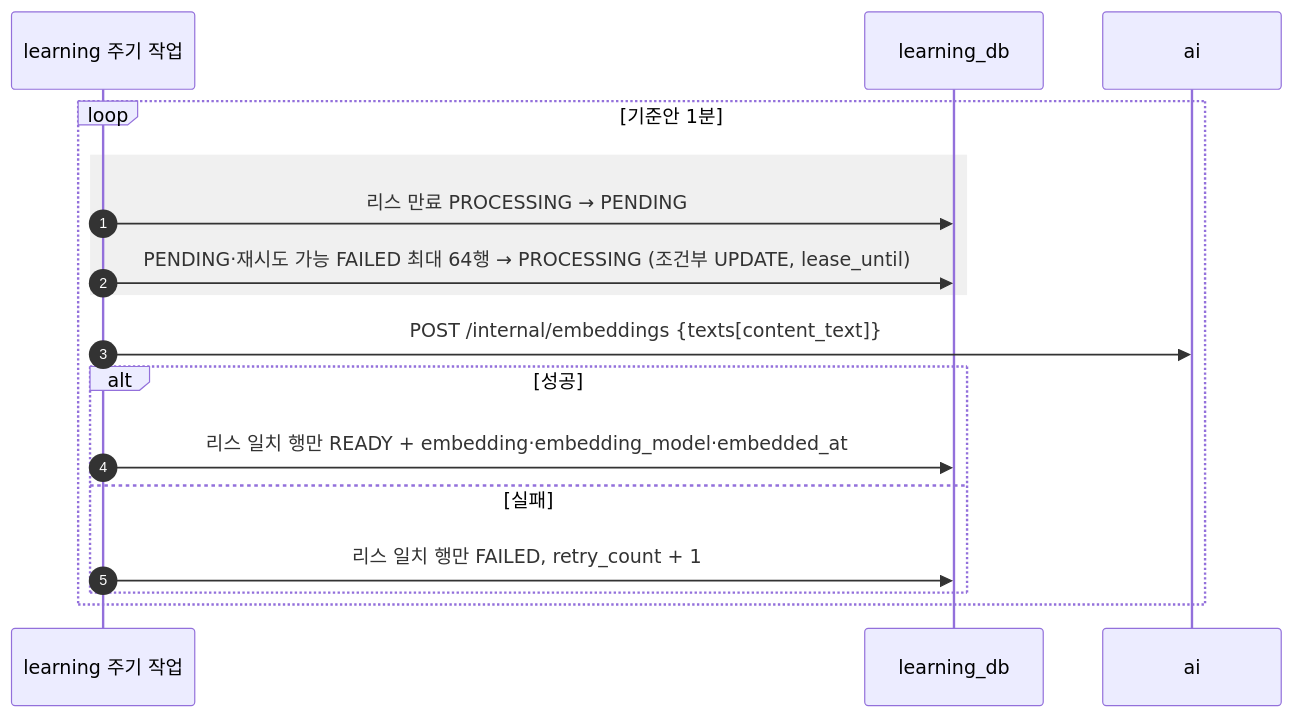
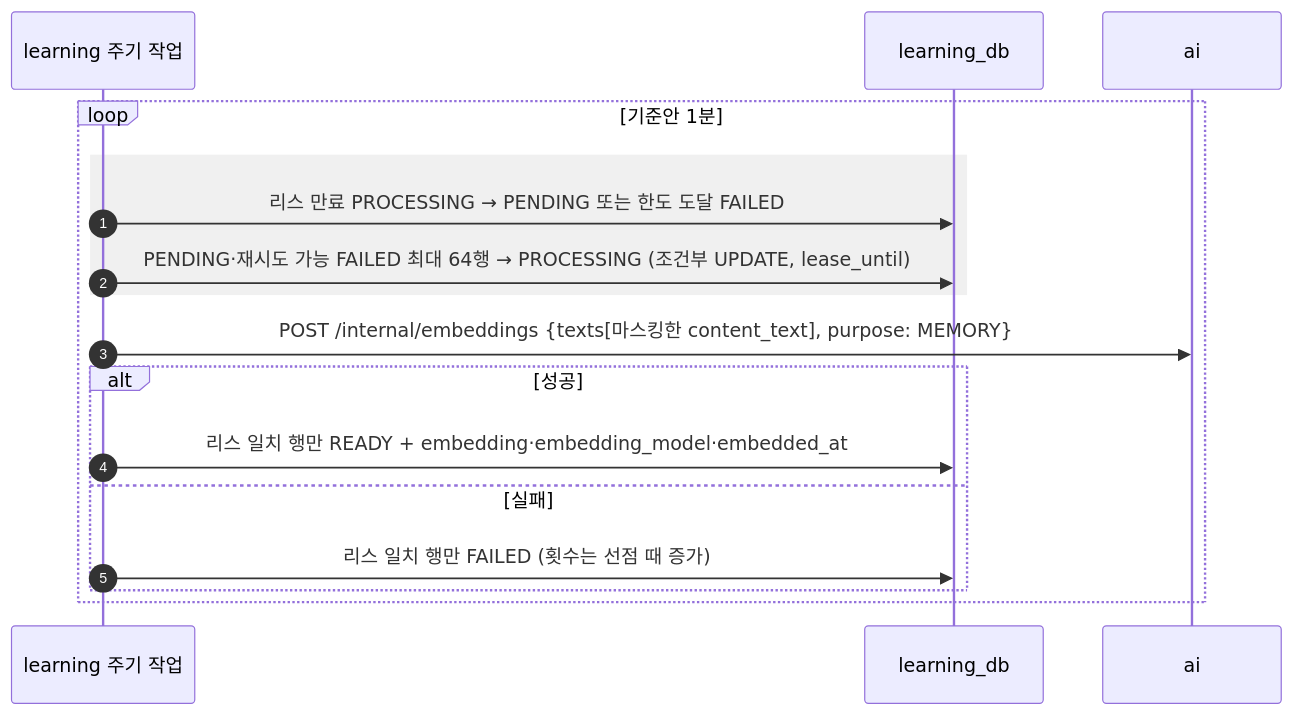
Diagram 24 of 41 in docs/design/sequence-diagram.md (SKNETWORKS-FAMILY-AICAMP/SKN34-FINAL-3TEAM), drawn with Mermaid before and after one commit. The commit also changed other lines of this file and 24 other files, not shown here.

````diff
--- a/docs/design/sequence-diagram.md
+++ b/docs/design/sequence-diagram.md
@@ -926,20 +926,20 @@
 ```mermaid
 sequenceDiagram
   autonumber
   participant S as learning 주기 작업
   participant LDB as learning_db
   participant A as ai
 
   loop 기준안 1분
     rect rgba(128,128,128,0.12)
-      S->>LDB: 리스 만료 PROCESSING → PENDING
+      S->>LDB: 리스 만료 PROCESSING → PENDING 또는 한도 도달 FAILED
       S->>LDB: PENDING·재시도 가능 FAILED 최대 64행 → PROCESSING (조건부 UPDATE, lease_until)
     end
-    S->>A: POST /internal/embeddings {texts[content_text]}
+    S->>A: POST /internal/embeddings {texts[마스킹한 content_text], purpose: MEMORY}
     alt 성공
       S->>LDB: 리스 일치 행만 READY + embedding·embedding_model·embedded_at
     else 실패
-      S->>LDB: 리스 일치 행만 FAILED, retry_count + 1
+      S->>LDB: 리스 일치 행만 FAILED (횟수는 선점 때 증가)
     end
   end
 ```
````
